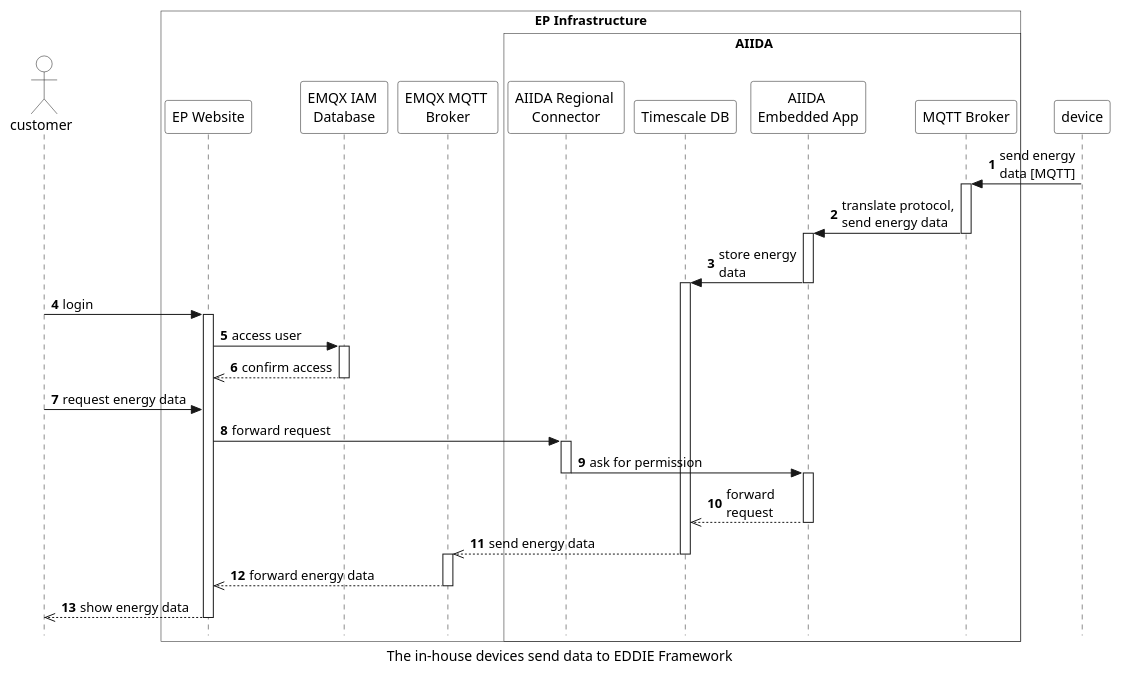
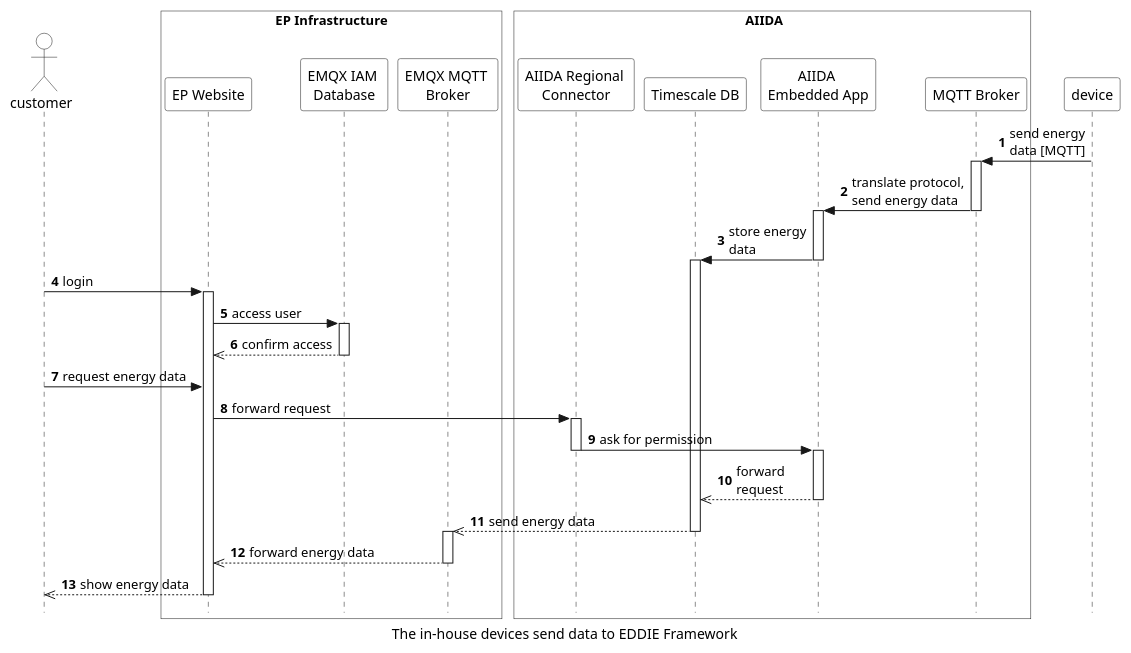
Before and after one commit to eddie-energy/architecture: the diagram in arc42/aiida/runtime-view/figures/aiida_send_data.puml, drawn with PlantUML. The commit also changed 8 other files, not shown here.

```diff
--- a/arc42/aiida/runtime-view/figures/aiida_send_data.puml
+++ b/arc42/aiida/runtime-view/figures/aiida_send_data.puml
@@ -1,73 +1,73 @@
 @startuml aiida_send_data
 'sequence diagram
 caption The in-house devices send data to EDDIE Framework
 
 skinparam style strictuml
 skinparam sequence {
   ParticipantBackgroundColor transparent
   ActorBackgroundColor transparent
 }
 
 autonumber
 !pragma teoz true
 actor customer
 
 box "Device" as device
 end box
 
 box "EP Infrastructure" #transparent
 
     participant "EP Website" as website
       participant "EMQX IAM \nDatabase" as database
     participant "EMQX MQTT \nBroker" as mqttbroker
-    
+end box
     box "\tAIIDA\t\t"  #transparent
     participant "AIIDA Regional \nConnector" as connector
      participant "Timescale DB" as timescale
       participant "AIIDA \nEmbedded App"  as app
       participant "MQTT Broker" as broker
   end box
 
-end box
+
 
 
 device -> broker : send energy\ndata [MQTT]
 activate broker
 broker -> app : translate protocol,\nsend energy data
 deactivate broker
 activate app
 app -> timescale : store energy\ndata
 activate timescale
 deactivate app
 
 customer -> website : login
 activate website
 website -> database : access user 
 activate database
 database -->> website : confirm access 
 deactivate database
 
 
 customer -> website : request energy data
 website -> connector : forward request
 
 activate connector
 connector -> app: ask for permission
 deactivate connector
 activate app 
 app -->> timescale : forward\nrequest
 deactivate app
 
 deactivate connector
 timescale -->>  mqttbroker  :send energy data
 activate mqttbroker
 deactivate timescale
 mqttbroker -->> website : forward energy data
 deactivate mqttbroker
 deactivate database
 website -->> customer : show energy data
 deactivate website
 
 
 
 @enduml
```
